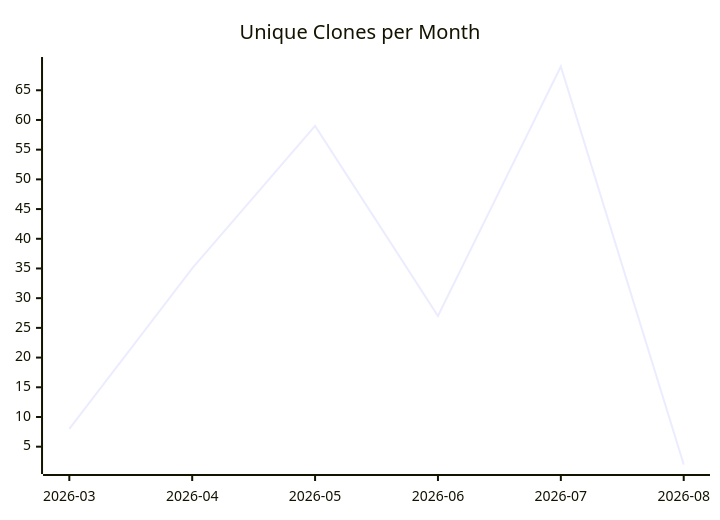
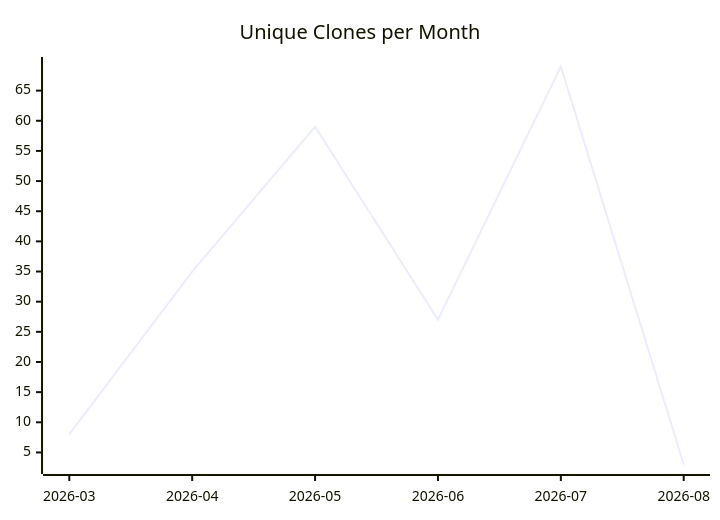
The third of 3 diagrams in karlmdavis/fhir-benchmarks/README.md (justdavis-family/github-analytics-data), drawn with Mermaid before and after one commit. The commit also changed other lines of this file and 184 other files, not shown here.

````diff
--- a/karlmdavis/fhir-benchmarks/README.md
+++ b/karlmdavis/fhir-benchmarks/README.md
@@ -19,6 +19,6 @@
 ```mermaid
 xychart-beta
   title "Unique Clones per Month"
   x-axis ["2026-03", "2026-04", "2026-05", "2026-06", "2026-07", "2026-08"]
-  line [8, 35, 59, 27, 69, 2]
+  line [8, 35, 59, 27, 69, 3]
 ```
````
